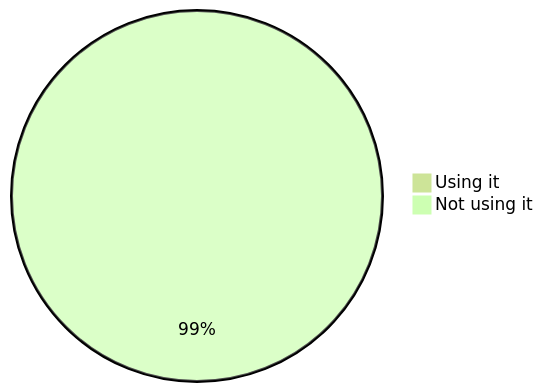
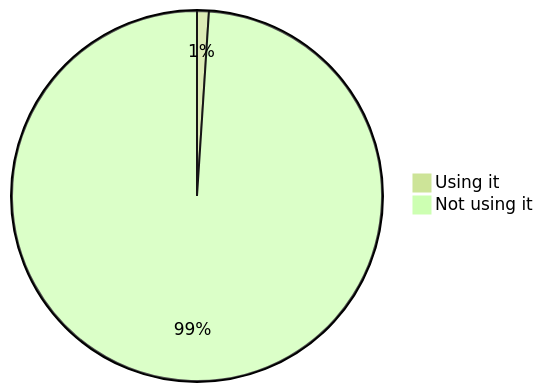
Before and after one commit to oshp/oshp-stats: the fifth of 22 diagrams in stats.md, drawn with Mermaid (forest theme). The commit also changed other lines of this file, not shown here.

````diff
--- a/stats.md
+++ b/stats.md
@@ -58,6 +58,6 @@
 ```mermaid
 pie
-	"Using it" : 0.97
-	"Not using it" : 99.03
+	"Using it" : 1.03
+	"Not using it" : 98.97
 
 ```
````
